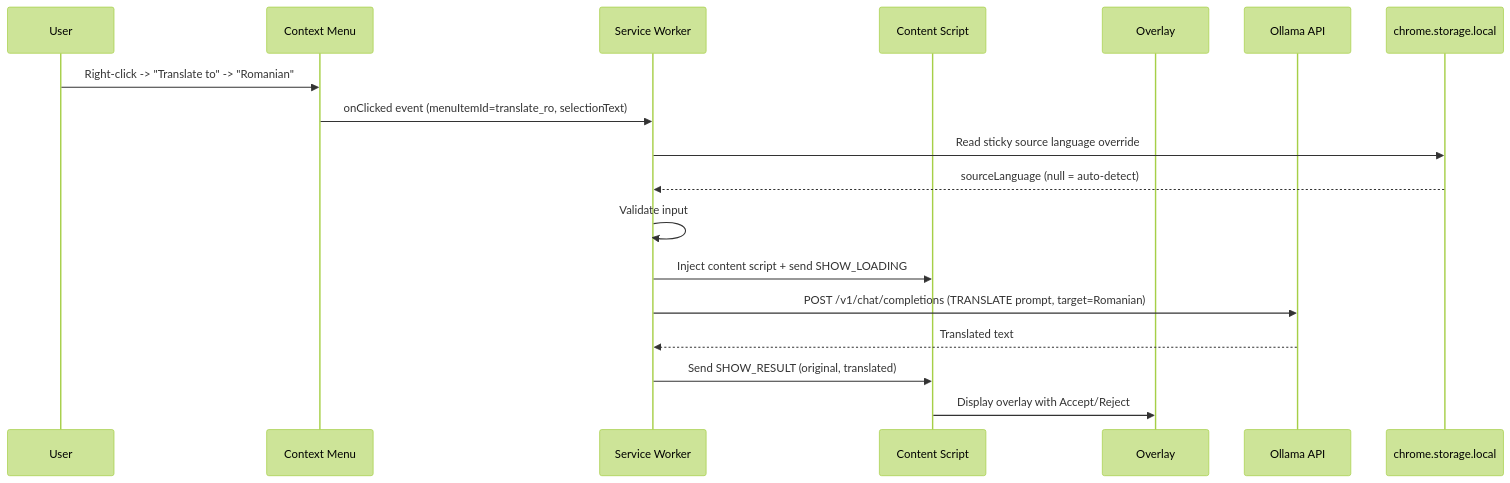
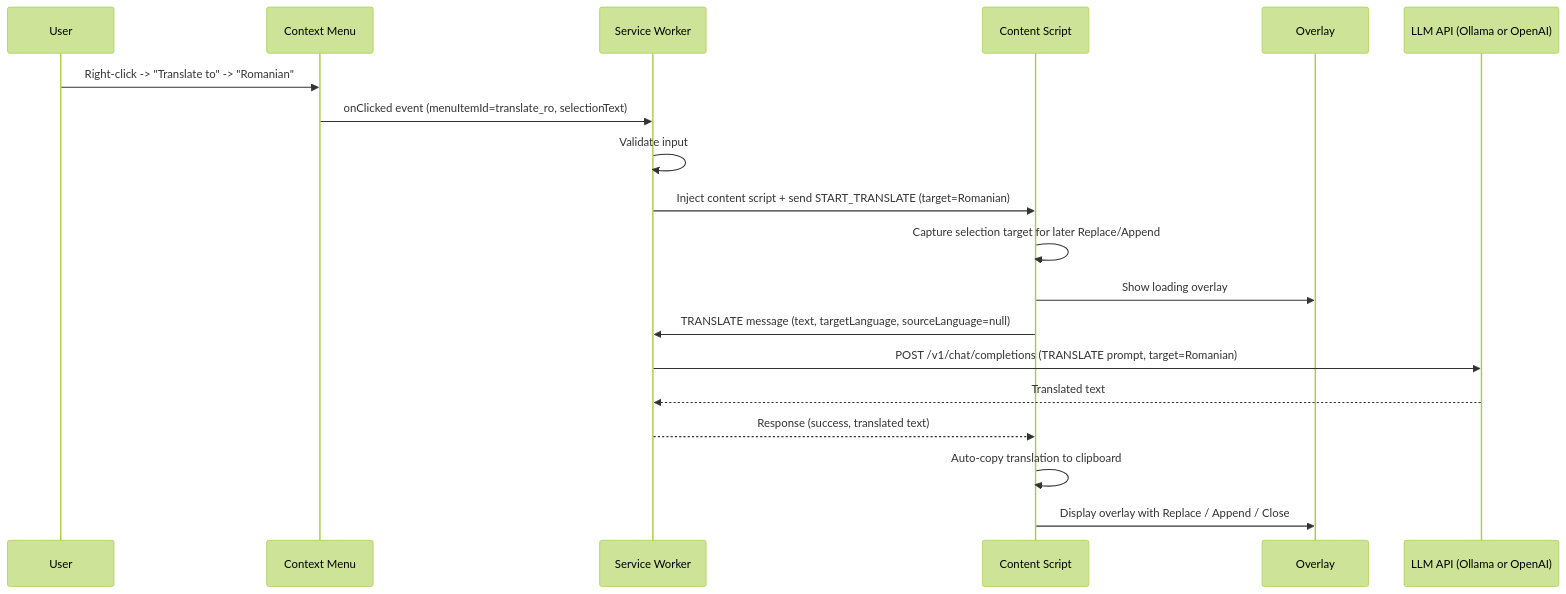
The third of 7 diagrams in docs/architecture.md (lucianhanga/chrome-plugin-ai-correct-translate-reformulate), drawn with Mermaid (forest theme) before and after one commit. The commit also changed other lines of this file and 1 other file, not shown here.

First line of the commit message:
docs: document the OpenAI provider and multi-provider architecture

````diff
--- a/docs/architecture.md
+++ b/docs/architecture.md
@@ -353,21 +476,22 @@
 ```mermaid
 sequenceDiagram
     participant User
     participant CM as Context Menu
     participant SW as Service Worker
     participant CS as Content Script
     participant OV as Overlay
-    participant OL as Ollama API
-    participant Store as chrome.storage.local
+    participant LLM as LLM API (Ollama or OpenAI)
 
     User->>CM: Right-click -> "Translate to" -> "Romanian"
     CM->>SW: onClicked event (menuItemId=translate_ro, selectionText)
-    SW->>Store: Read sticky source language override
-    Store-->>SW: sourceLanguage (null = auto-detect)
     SW->>SW: Validate input
-    SW->>CS: Inject content script + send SHOW_LOADING
-    SW->>OL: POST /v1/chat/completions (TRANSLATE prompt, target=Romanian)
-    OL-->>SW: Translated text
-    SW->>CS: Send SHOW_RESULT (original, translated)
-    CS->>OV: Display overlay with Accept/Reject
+    SW->>CS: Inject content script + send START_TRANSLATE (target=Romanian)
+    CS->>CS: Capture selection target for later Replace/Append
+    CS->>OV: Show loading overlay
+    CS->>SW: TRANSLATE message (text, targetLanguage, sourceLanguage=null)
+    SW->>LLM: POST /v1/chat/completions (TRANSLATE prompt, target=Romanian)
+    LLM-->>SW: Translated text
+    SW-->>CS: Response (success, translated text)
+    CS->>CS: Auto-copy translation to clipboard
+    CS->>OV: Display overlay with Replace / Append / Close
 ```
````
